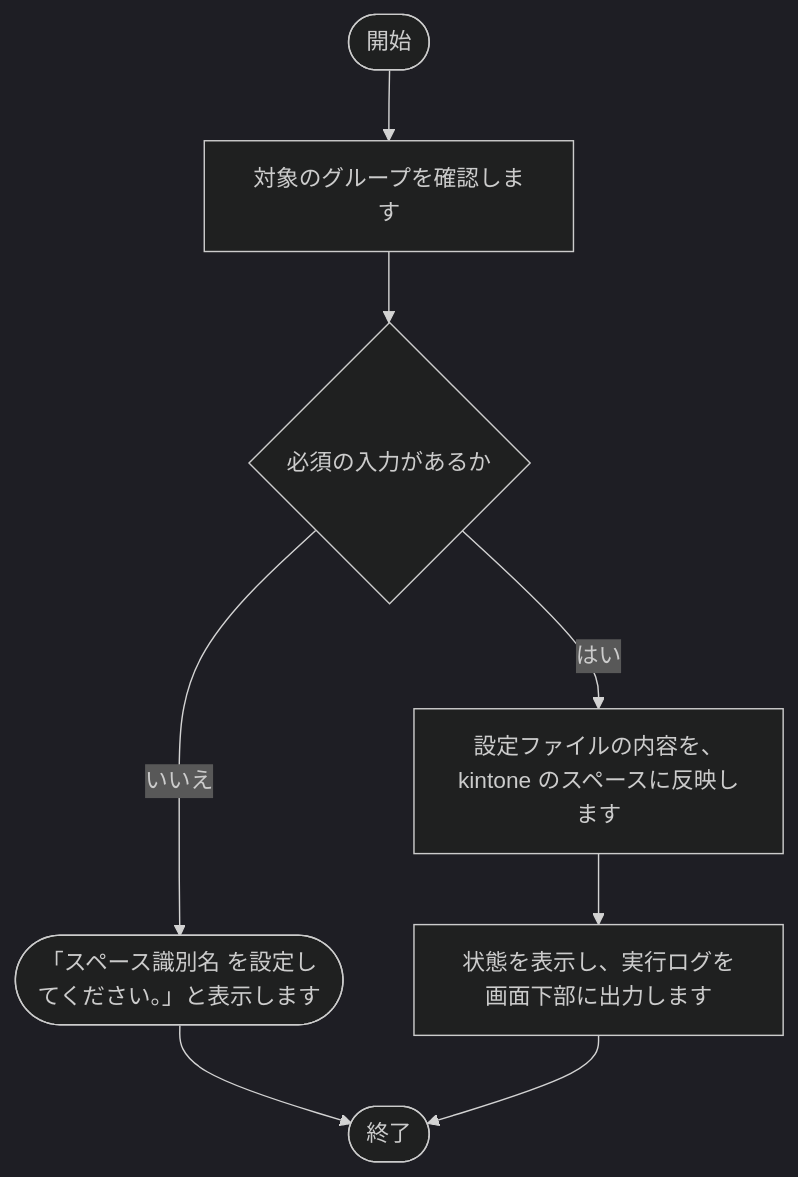
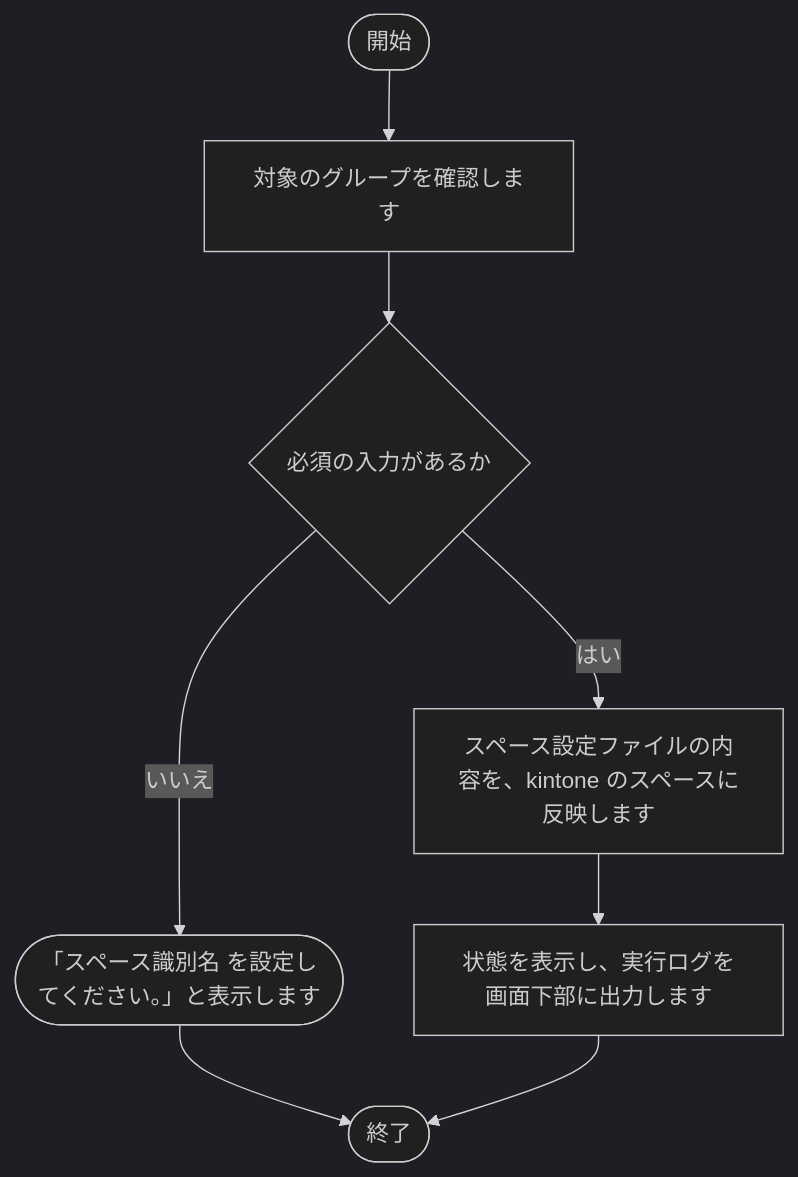
The sixth of 16 diagrams in tool/kintone-resourse-generator/doc/02_設計/処理フロー.md (nishida2073/project_management), drawn with Mermaid (dark theme) before and after one commit. The commit also changed other lines of this file and 7 other files, not shown here.

````diff
--- a/tool/kintone-resourse-generator/doc/02_設計/処理フロー.md
+++ b/tool/kintone-resourse-generator/doc/02_設計/処理フロー.md
@@ -205,17 +205,17 @@
 ```mermaid
 flowchart TD
     S(["開始"])
     E(["終了"])
     N1["対象のグループを確認します"]
     S --> N1
     N2{"必須の入力があるか"}
     X2(["「スペース識別名 を設定してください。」と表示します"])
     X2 --> E
     N2 -- いいえ --> X2
     N1 --> N2
-    N3["設定ファイルの内容を、kintone のスペースに反映します"]
+    N3["スペース設定ファイルの内容を、kintone のスペースに反映します"]
     N2 -- はい --> N3
     N4["状態を表示し、実行ログを画面下部に出力します"]
     N3 --> N4
     N4 --> E
 ```
````
